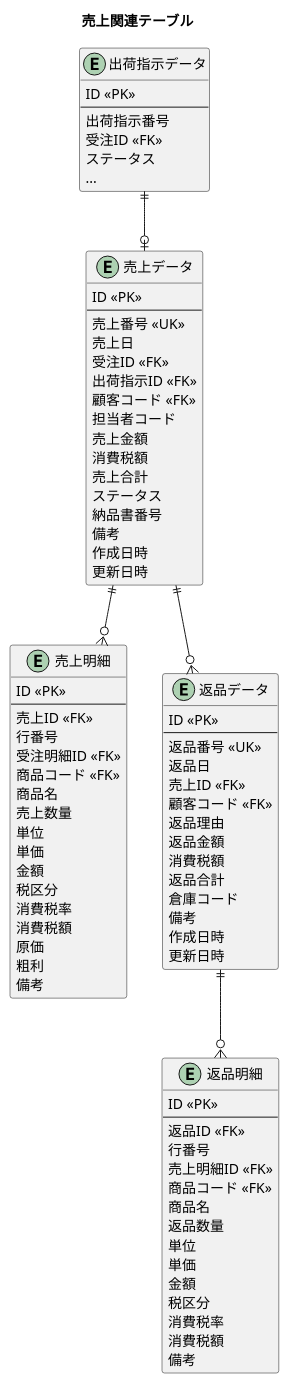
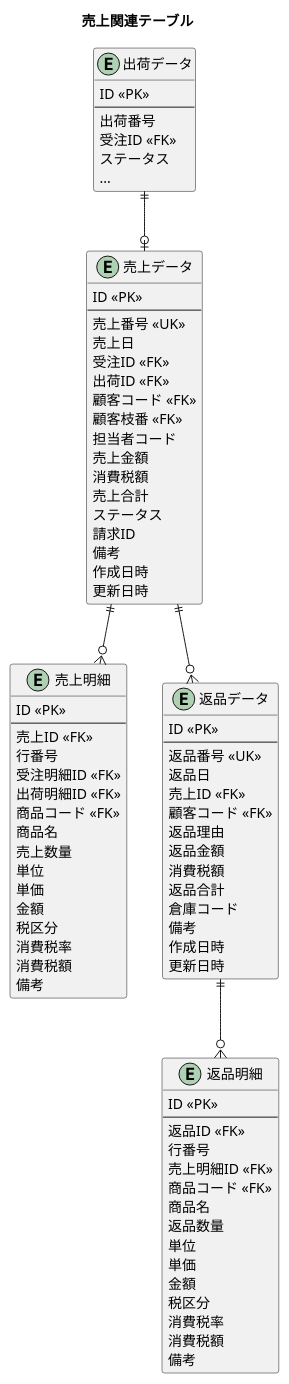
The eighth of 12 diagrams in docs/article/part2/chapter06.md (k2works/practical-database-design), drawn with PlantUML before and after one commit. The commit also changed other lines of this file, not shown here.

```diff
--- a/docs/article/part2/chapter06.md
+++ b/docs/article/part2/chapter06.md
@@ -1489,10 +1529,10 @@
 
 title 売上関連テーブル
 
-entity 出荷指示データ {
+entity 出荷データ {
   ID <<PK>>
   --
-  出荷指示番号
+  出荷番号
   受注ID <<FK>>
   ステータス
   ...
@@ -1504,14 +1544,15 @@
   売上番号 <<UK>>
   売上日
   受注ID <<FK>>
-  出荷指示ID <<FK>>
+  出荷ID <<FK>>
   顧客コード <<FK>>
+  顧客枝番 <<FK>>
   担当者コード
   売上金額
   消費税額
   売上合計
   ステータス
-  納品書番号
+  請求ID
   備考
   作成日時
   更新日時
@@ -1523,6 +1564,7 @@
   売上ID <<FK>>
   行番号
   受注明細ID <<FK>>
+  出荷明細ID <<FK>>
   商品コード <<FK>>
   商品名
   売上数量
@@ -1532,8 +1574,6 @@
   税区分
   消費税率
   消費税額
-  原価
-  粗利
   備考
 }
 
@@ -1572,7 +1612,7 @@
   備考
 }
 
-出荷指示データ ||--o| 売上データ
+出荷データ ||--o| 売上データ
 売上データ ||--o{ 売上明細
 売上データ ||--o{ 返品データ
 返品データ ||--o{ 返品明細
```
